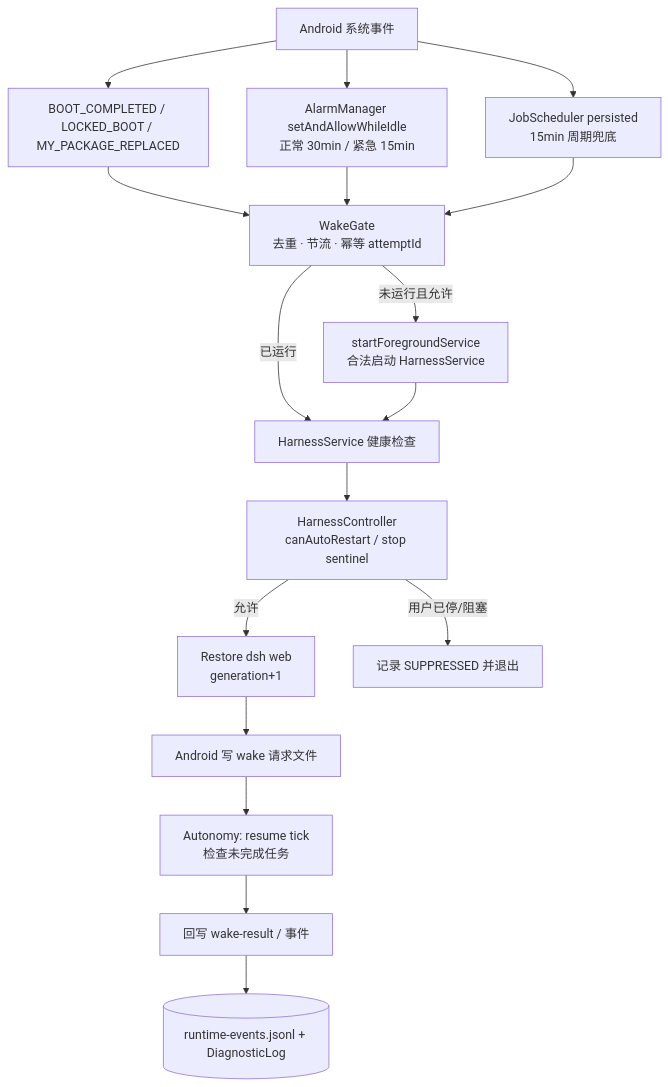
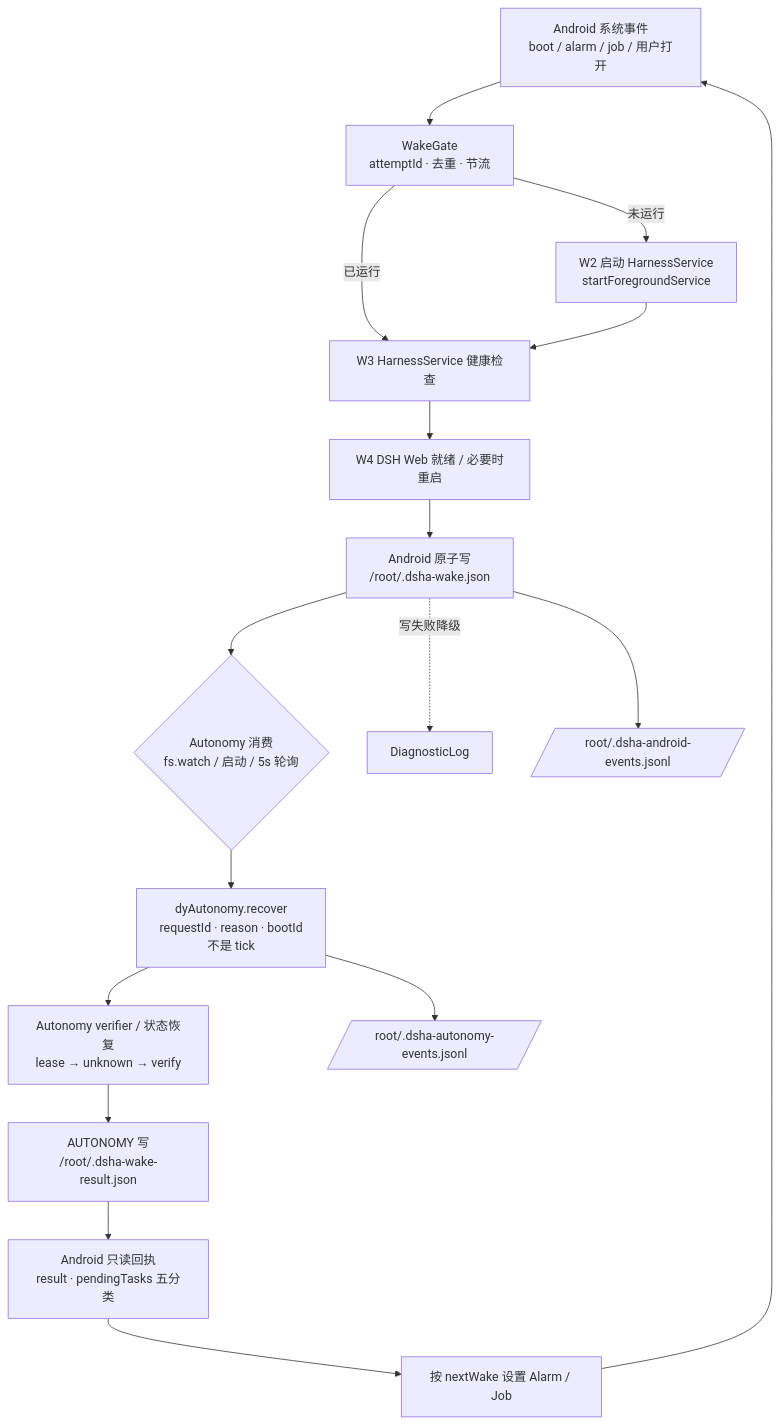
Before and after one commit to ba-song/dsh-memory-core: the diagram in coordination/Android 平台负责人报告.md, drawn with Mermaid. The commit also changed other lines of this file, not shown here.

Commit message:
docs(coordination): Android 平台负责人报告 v2 (recovery design revised per GPT decisions)

````diff
--- a/coordination/Android 平台负责人报告.md
+++ b/coordination/Android 平台负责人报告.md
@@ -136,19 +143,19 @@
 ```mermaid
 flowchart TD
-  SYS[Android 系统事件] --> B[BOOT_COMPLETED / LOCKED_BOOT / MY_PACKAGE_REPLACED]
-  SYS --> A[AlarmManager setAndAllowWhileIdle<br/>正常 30min / 紧急 15min]
-  SYS --> J[JobScheduler persisted<br/>15min 周期兜底]
-  B --> G[WakeGate<br/>去重 · 节流 · 幂等 attemptId]
-  A --> G
-  J --> G
-  G -->|已运行| H[HarnessService 健康检查]
-  G -->|未运行且允许| F[startForegroundService<br/>合法启动 HarnessService]
-  F --> H
-  H --> C[HarnessController<br/>canAutoRestart / stop sentinel]
-  C -->|允许| N[Restore dsh web<br/>generation+1]
-  C -->|用户已停/阻塞| X[记录 SUPPRESSED 并退出]
-  N --> W[Android 写 wake 请求文件]
-  W --> AU[Autonomy: resume tick<br/>检查未完成任务]
-  AU --> R[回写 wake-result / 事件]
-  R --> LOG[(runtime-events.jsonl + DiagnosticLog)]
+  SYS[Android 系统事件<br/>boot / alarm / job / 用户打开] --> WG[WakeGate<br/>attemptId · 去重 · 节流]
+  WG -->|已运行| W3[W3 HarnessService 健康检查]
+  WG -->|未运行| W2[W2 启动 HarnessService<br/>startForegroundService]
+  W2 --> W3
+  W3 --> W4[W4 DSH Web 就绪 / 必要时重启]
+  W4 --> AW[Android 原子写<br/>/root/.dsha-wake.json]
+  AW --> CONSUME{Autonomy 消费<br/>fs.watch / 启动 / 5s 轮询}
+  CONSUME --> REC[dyAutonomy.recover<br/>requestId · reason · bootId<br/>不是 tick]
+  REC --> VER[Autonomy verifier / 状态恢复<br/>lease → unknown → verify]
+  VER --> WR[AUTONOMY 写<br/>/root/.dsha-wake-result.json]
+  WR --> AR[Android 只读回执<br/>result · pendingTasks 五分类]
+  AR --> NW[按 nextWake 设置 Alarm / Job]
+  NW --> SYS
+  AW -.写失败降级.-> DL[DiagnosticLog]
+  AW --> AL[/root/.dsha-android-events.jsonl/]
+  REC --> AU[/root/.dsha-autonomy-events.jsonl/]
 ```
````
